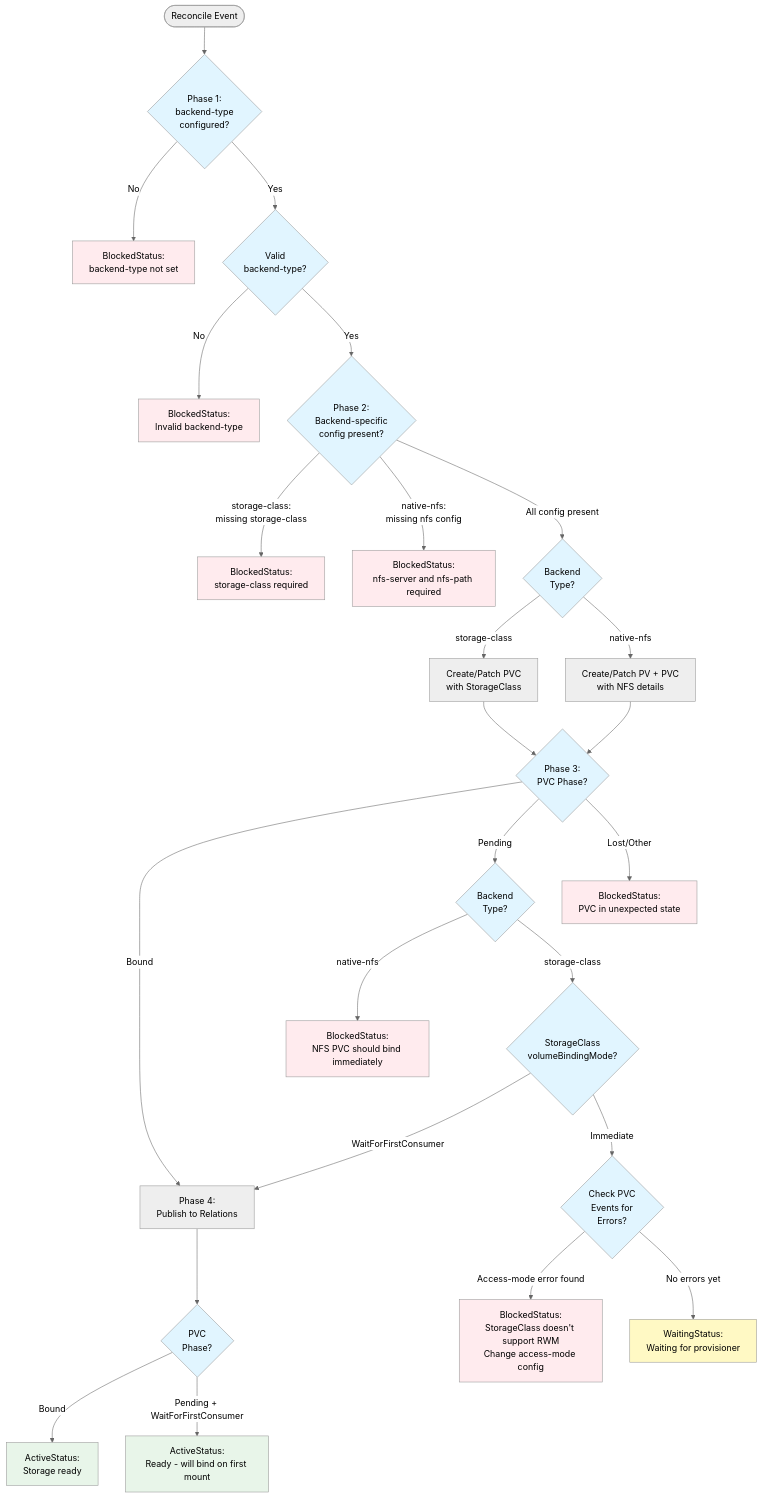
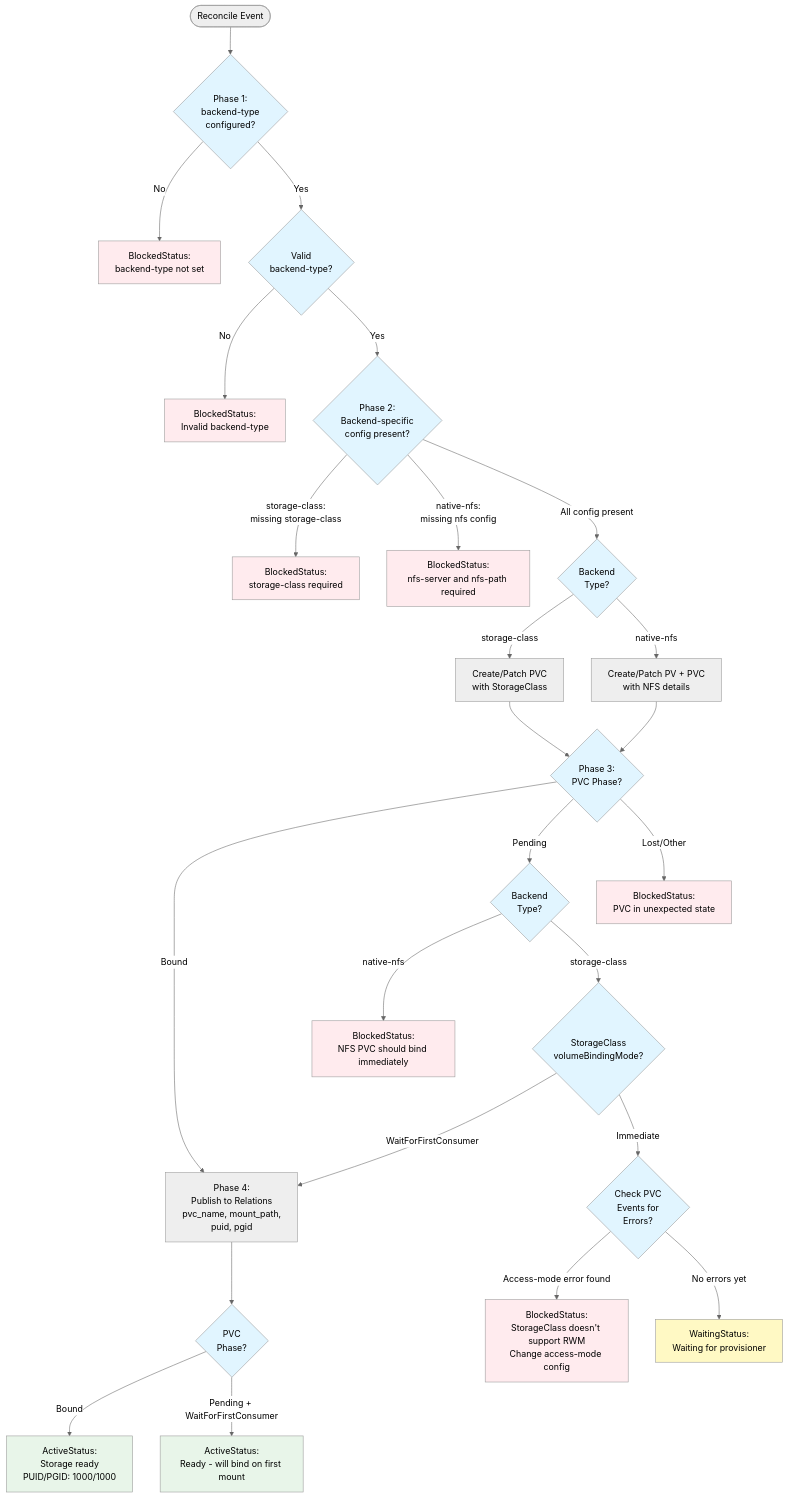
Before and after one commit to charmarr/charmarr-meta: the diagram in adr/apps/adr-005-charmarr-storage.md, drawn with Mermaid (neutral theme). The commit also changed other lines of this file and 3 other files, not shown here.

````diff
--- a/adr/apps/adr-005-charmarr-storage.md
+++ b/adr/apps/adr-005-charmarr-storage.md
@@ -334,64 +385,64 @@
 ```mermaid
 flowchart TD
     Start([Reconcile Event]) --> P1{Phase 1:<br/>backend-type<br/>configured?}
 
     P1 -->|No| B1[BlockedStatus:<br/>backend-type not set]
     P1 -->|Yes| P1b{Valid<br/>backend-type?}
     P1b -->|No| B2[BlockedStatus:<br/>Invalid backend-type]
 
     P1b -->|Yes| P2{Phase 2:<br/>Backend-specific<br/>config present?}
 
     P2 -->|storage-class:<br/>missing storage-class| B3[BlockedStatus:<br/>storage-class required]
     P2 -->|native-nfs:<br/>missing nfs config| B4[BlockedStatus:<br/>nfs-server and nfs-path required]
 
     P2 -->|All config present| P2a{Backend<br/>Type?}
 
     P2a -->|storage-class| SC[Create/Patch PVC<br/>with StorageClass]
     P2a -->|native-nfs| NFS[Create/Patch PV + PVC<br/>with NFS details]
 
     SC --> P3{Phase 3:<br/>PVC Phase?}
     NFS --> P3
 
-    P3 -->|Bound| P4[Phase 4:<br/>Publish to Relations]
+    P3 -->|Bound| P4[Phase 4:<br/>Publish to Relations<br/>pvc_name, mount_path,<br/>puid, pgid]
 
     P3 -->|Pending| P3a{Backend<br/>Type?}
     P3a -->|native-nfs| B5[BlockedStatus:<br/>NFS PVC should bind immediately]
 
     P3a -->|storage-class| P3b{StorageClass<br/>volumeBindingMode?}
 
     P3b -->|WaitForFirstConsumer| P4
 
     P3b -->|Immediate| P3c{Check PVC<br/>Events for<br/>Errors?}
 
     P3c -->|Access-mode error found| B6[BlockedStatus:<br/>StorageClass doesn't support RWM<br/>Change access-mode config]
     P3c -->|No errors yet| W1[WaitingStatus:<br/>Waiting for provisioner]
 
     P3 -->|Lost/Other| B7[BlockedStatus:<br/>PVC in unexpected state]
 
     P4 --> Status{PVC<br/>Phase?}
-    Status -->|Bound| A1[ActiveStatus:<br/>Storage ready]
+    Status -->|Bound| A1[ActiveStatus:<br/>Storage ready<br/>PUID/PGID: 1000/1000]
     Status -->|Pending + WaitForFirstConsumer| A2[ActiveStatus:<br/>Ready - will bind on first mount]
 
     style P1 fill:#e1f5ff
     style P1b fill:#e1f5ff
     style P2 fill:#e1f5ff
     style P2a fill:#e1f5ff
     style P3 fill:#e1f5ff
     style P3a fill:#e1f5ff
     style P3b fill:#e1f5ff
     style P3c fill:#e1f5ff
     style Status fill:#e1f5ff
 
     style B1 fill:#ffebee
     style B2 fill:#ffebee
     style B3 fill:#ffebee
     style B4 fill:#ffebee
     style B5 fill:#ffebee
     style B6 fill:#ffebee
     style B7 fill:#ffebee
 
     style W1 fill:#fff9c4
 
     style A1 fill:#e8f5e9
     style A2 fill:#e8f5e9
 ```
````
